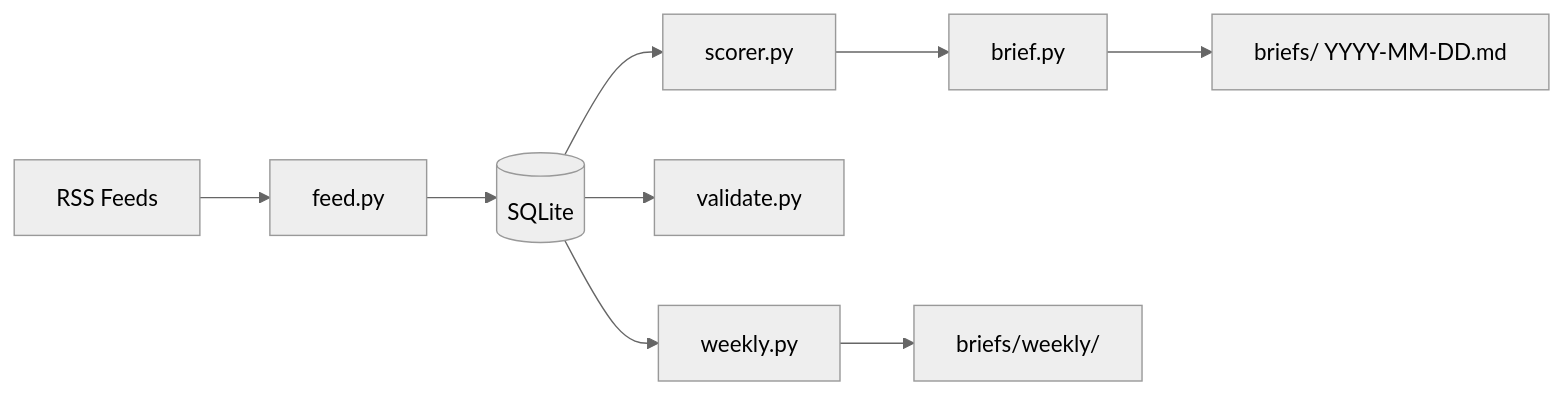
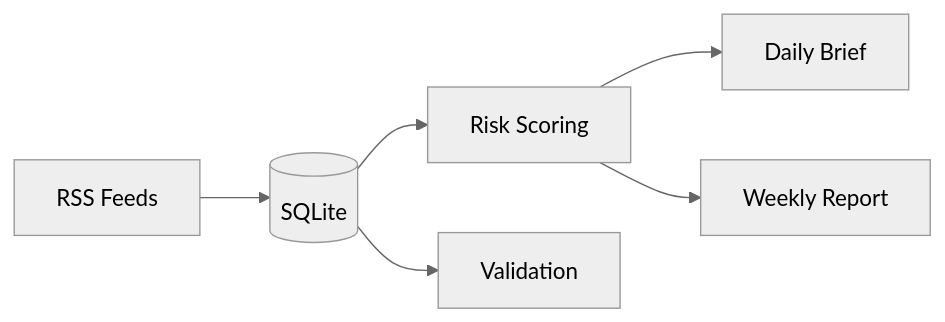
The diagram in README.md (Qiao527/opsrisk-radar), drawn with Mermaid (neutral theme) before and after one commit. The commit also changed other lines of this file, not shown here.

````diff
--- a/README.md
+++ b/README.md
@@ -19,11 +23,8 @@
 ```mermaid
 flowchart LR
-    A[RSS Feeds] --> B[feed.py]
-    B --> C[(SQLite)]
-    C --> D[scorer.py]
-    D --> E[brief.py]
-    E --> F[briefs/ YYYY-MM-DD.md]
-    C --> G[validate.py]
-    C --> H[weekly.py]
-    H --> I[briefs/weekly/]
+    A[RSS Feeds] --> B[(SQLite)]
+    B --> C[Risk Scoring]
+    C --> D[Daily Brief]
+    C --> E[Weekly Report]
+    B --> F[Validation]
 ```
````
